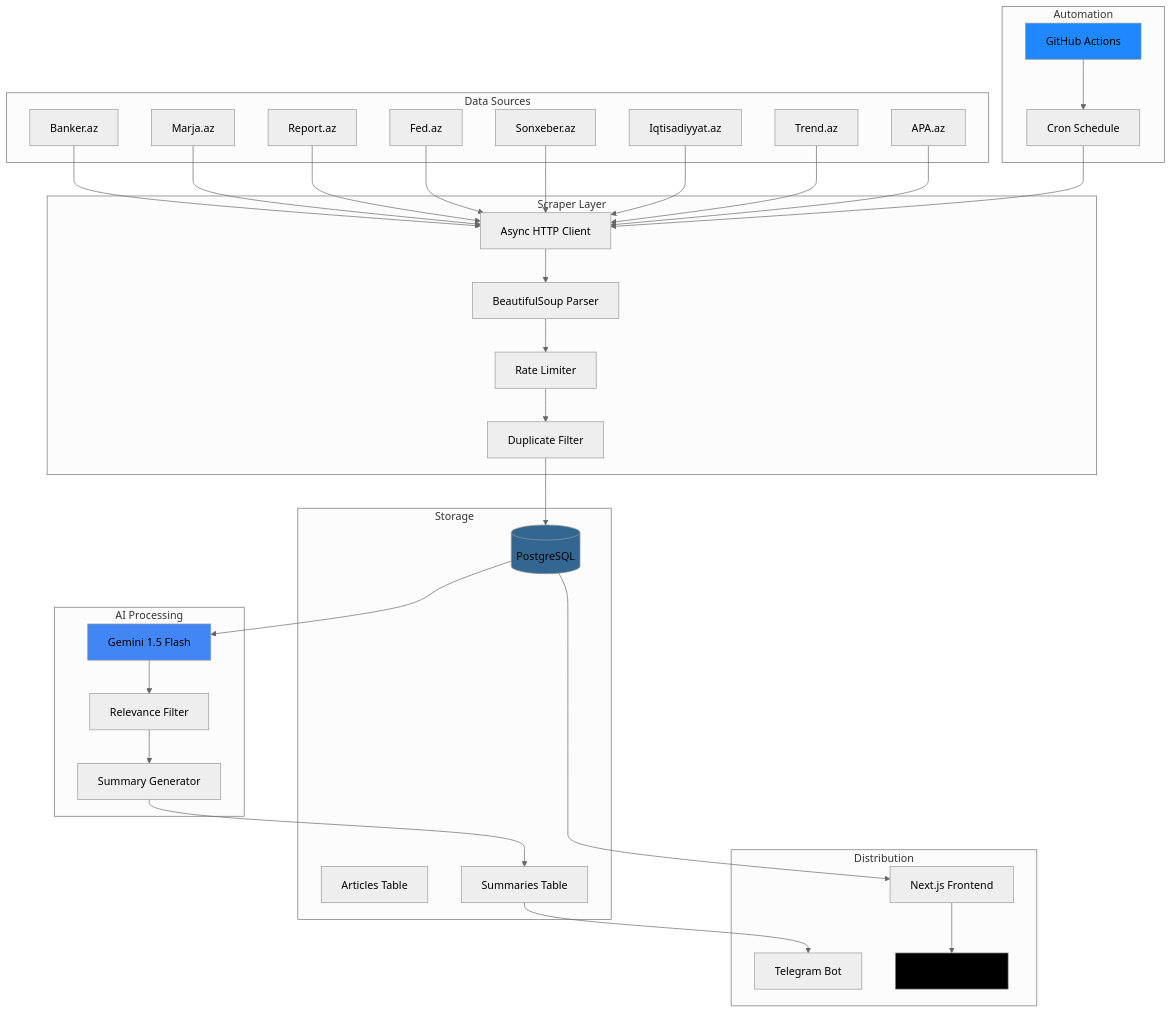
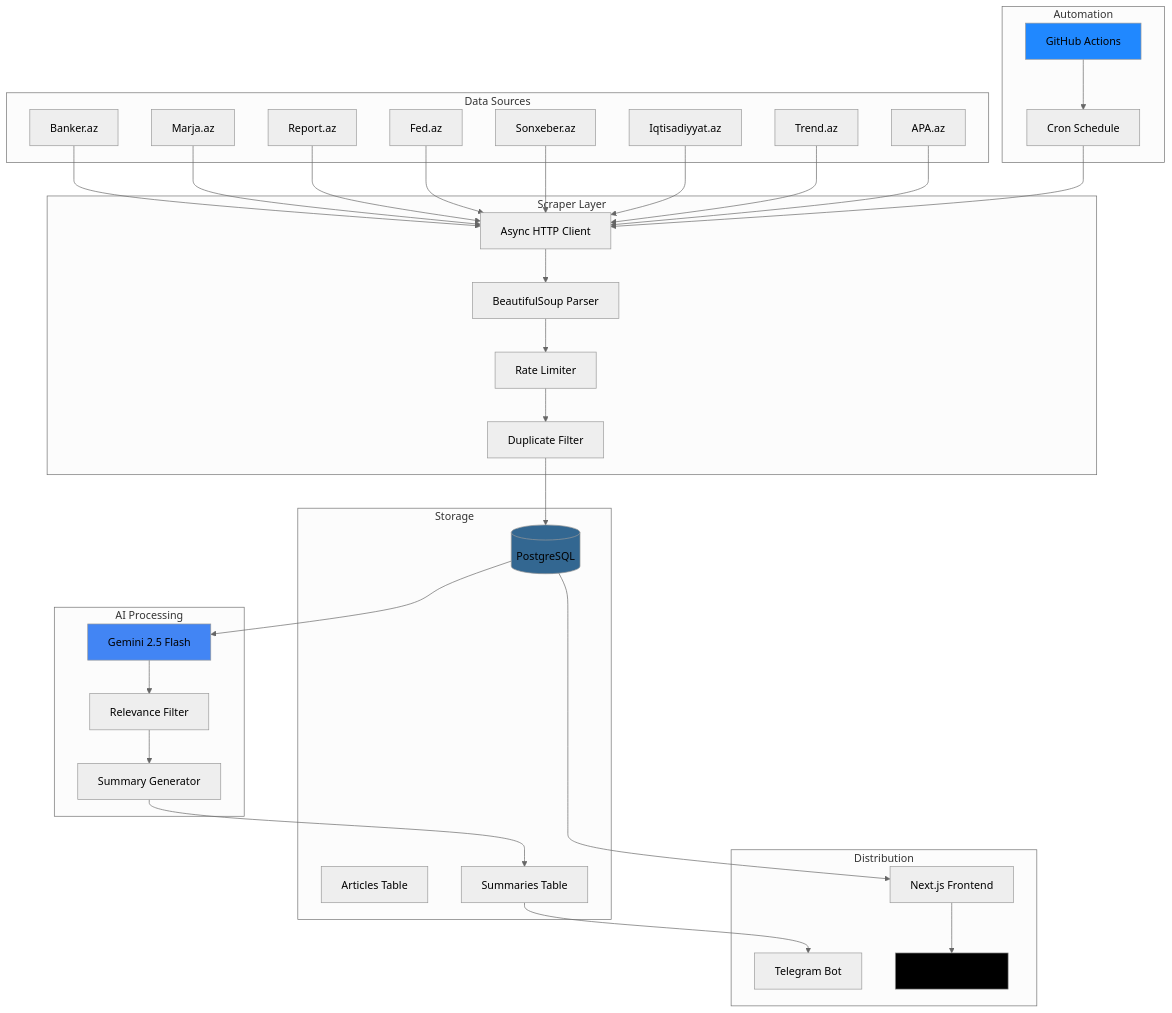
Before and after one commit to ProductIncubator/business_news: the first of 5 diagrams in README.md, drawn with Mermaid (neutral theme). The commit also changed other lines of this file and 1 other file, not shown here.

First line of the commit message:
Fix: Use gemini-2.5-flash (compatible with google-genai SDK v1beta)

````diff
--- a/README.md
+++ b/README.md
@@ -38,63 +38,63 @@
 ```mermaid
 graph TB
     subgraph "Data Sources"
         A1[Banker.az]
         A2[Marja.az]
         A3[Report.az]
         A4[Fed.az]
         A5[Sonxeber.az]
         A6[Iqtisadiyyat.az]
         A7[Trend.az]
         A8[APA.az]
     end
 
     subgraph "Scraper Layer"
         B1[Async HTTP Client]
         B2[BeautifulSoup Parser]
         B3[Rate Limiter]
         B4[Duplicate Filter]
     end
 
     subgraph "AI Processing"
-        C1[Gemini 1.5 Flash]
+        C1[Gemini 2.5 Flash]
         C2[Relevance Filter]
         C3[Summary Generator]
     end
 
     subgraph "Storage"
         D1[(PostgreSQL)]
         D2[Articles Table]
         D3[Summaries Table]
     end
 
     subgraph "Distribution"
         E1[Telegram Bot]
         E2[Next.js Frontend]
         E3[Vercel Hosting]
     end
 
     subgraph "Automation"
         F1[GitHub Actions]
         F2[Cron Schedule]
     end
 
     A1 & A2 & A3 & A4 & A5 & A6 & A7 & A8 --> B1
     B1 --> B2
     B2 --> B3
     B3 --> B4
     B4 --> D1
     D1 --> C1
     C1 --> C2
     C2 --> C3
     C3 --> D3
     D3 --> E1
     D1 --> E2
     E2 --> E3
     F1 --> F2
     F2 --> B1
 
     style C1 fill:#4285f4
     style D1 fill:#336791
     style E3 fill:#000000
     style F1 fill:#2088ff
 ```
````
